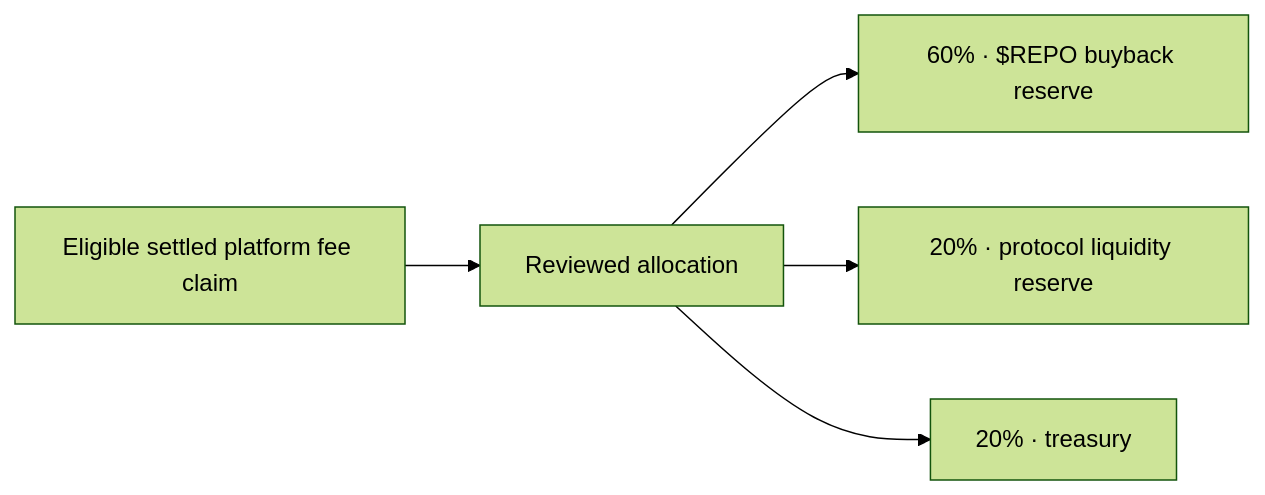
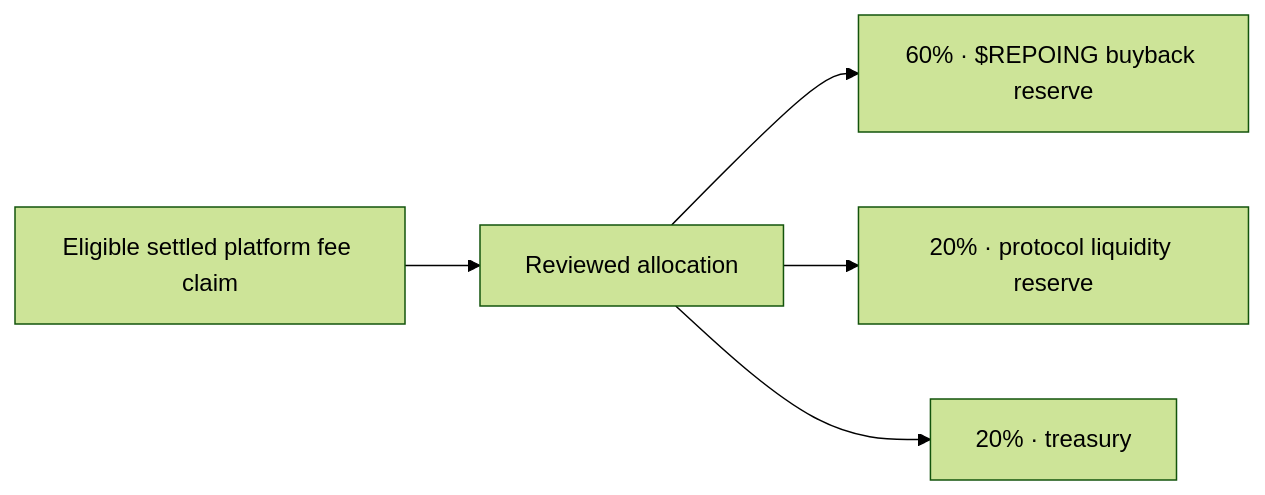
One commit to New1Direction/repo.ing changed the diagram in docs/REPO_TOKEN.md. Above: the diagram before and after it, drawn with Mermaid (forest theme). The commit also changed other lines of this file and 4 other files, not shown here.

````diff
--- a/docs/REPO_TOKEN.md
+++ b/docs/REPO_TOKEN.md
@@ -24,7 +24,7 @@
 ```mermaid
 flowchart LR
     A["Eligible settled platform fee claim"] --> B["Reviewed allocation"]
-    B --> C["60% · $REPO buyback reserve"]
+    B --> C["60% · $REPOING buyback reserve"]
     B --> D["20% · protocol liquidity reserve"]
     B --> E["20% · treasury"]
 ```
````
